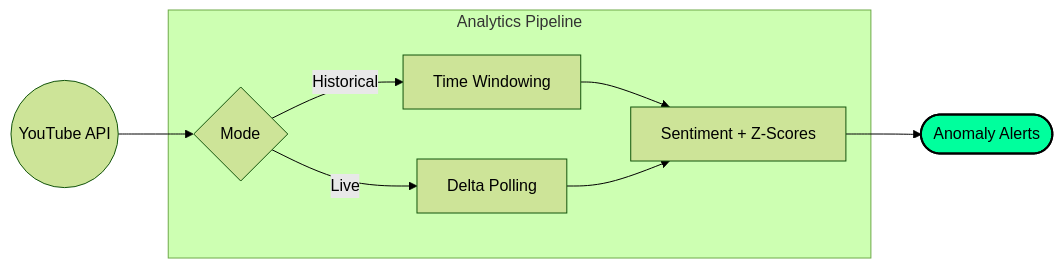
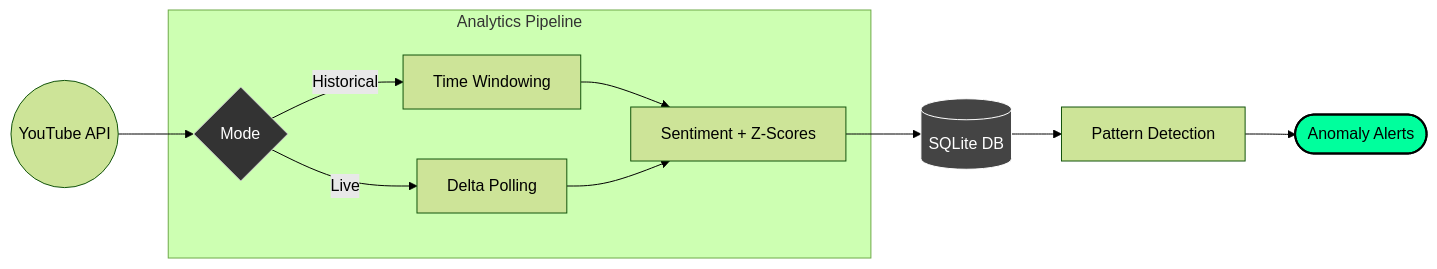
Before and after one commit to TanveerSM/yt-comment-behavior-analysis: the diagram in README.md, drawn with Mermaid (forest theme). The commit also changed other lines of this file, not shown here.

````diff
--- a/README.md
+++ b/README.md
@@ -10,16 +10,20 @@
 ```mermaid
 graph LR
     API((YouTube API)) --> Mode{Mode}
     
     subgraph Engine [Analytics Pipeline]
     Mode -- Historical --> Win[Time Windowing]
     Mode -- Live --> Poll[Delta Polling]
-    
     Win & Poll --> NLP[Sentiment + Z-Scores]
     end
 
-    NLP --> Out([Anomaly Alerts])
+    NLP --> DB[(SQLite DB)]
+    DB --> Detect[Pattern Detection]
+    Detect --> Out([Anomaly Alerts])
 
+    %% Styling for readability on Dark/Light modes
     style Out fill:#00ff9d,stroke:#000,stroke-width:2px,color:#000
+    style DB fill:#444,stroke:#fff,stroke-width:1px,color:#fff
+    style Mode fill:#333,stroke:#ccc,stroke-width:1px,color:#fff
 
 ```
````
